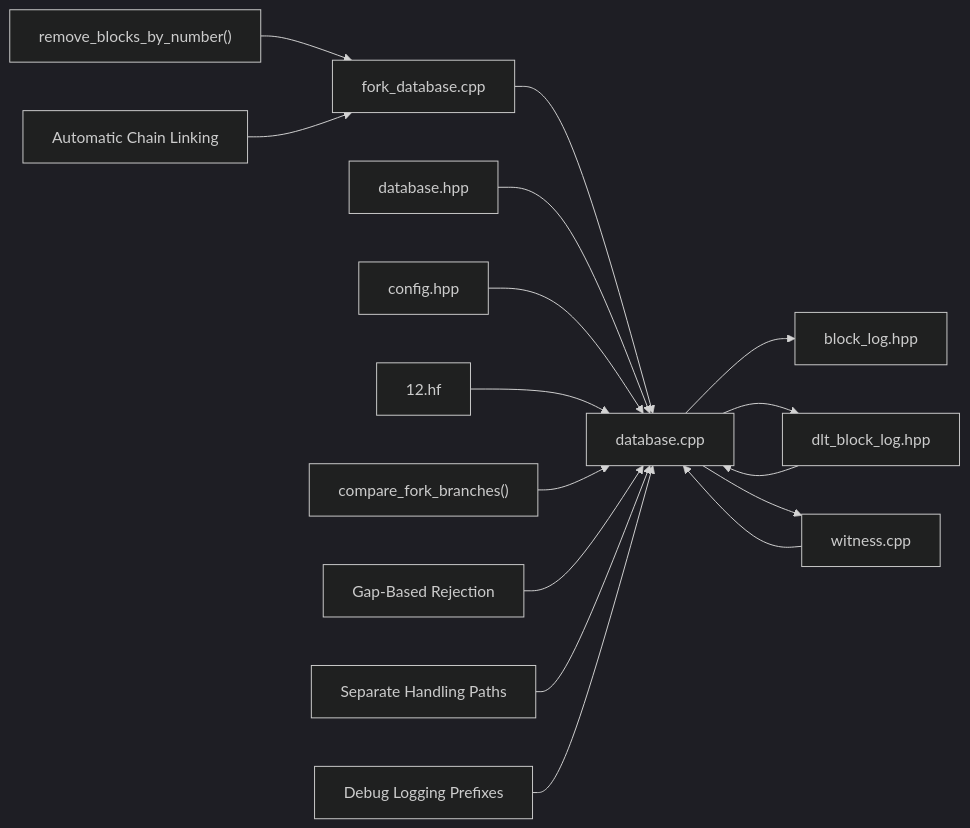
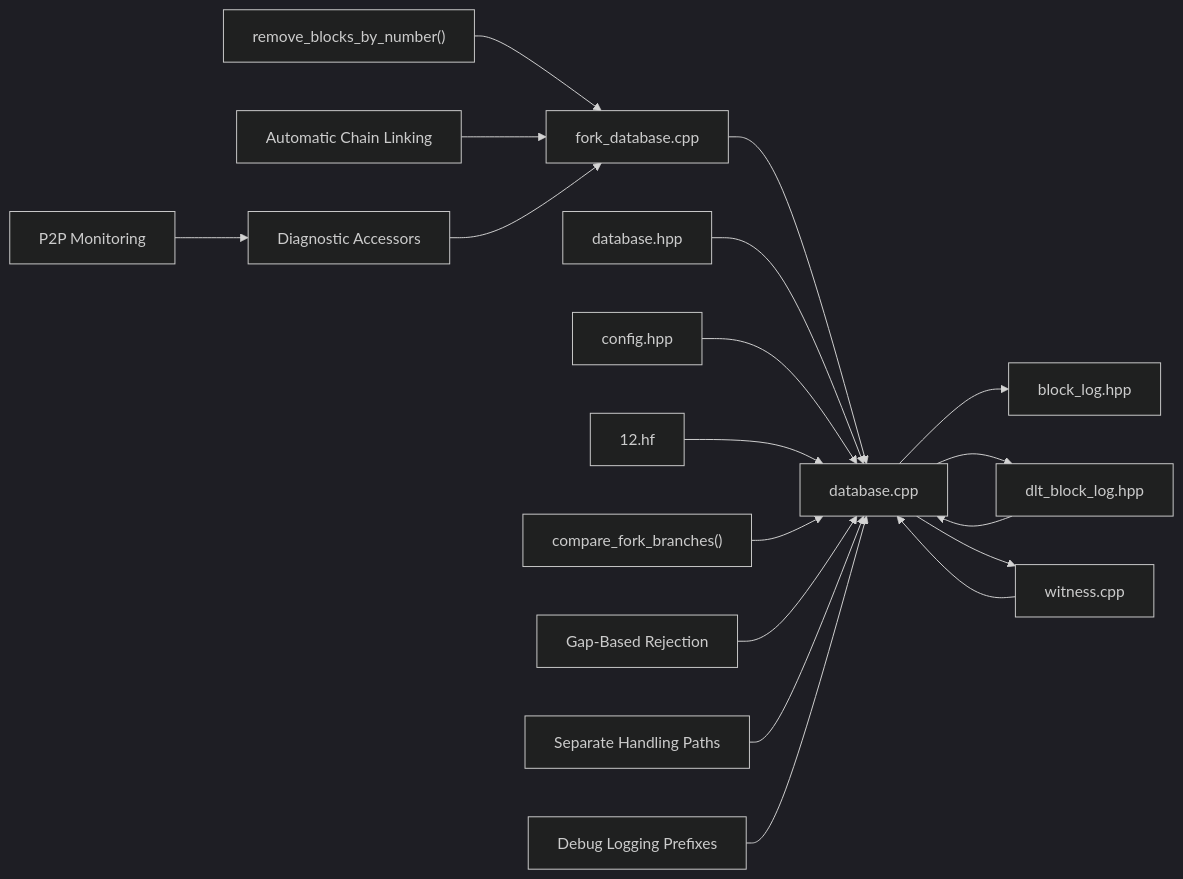
Diagram 20 of 20 in .qoder/repowiki/en/content/Architecture Overview/Core Libraries/Chain Library/Fork Resolution and Consensus.md (VIZ-Blockchain/viz-cpp-node), drawn with Mermaid (dark theme) before and after one commit. The commit also changed other lines of this file and 7 other files, not shown here.

````diff
--- a/.qoder/repowiki/en/content/Architecture Overview/Core Libraries/Chain Library/Fork Resolution and Consensus.md
+++ b/.qoder/repowiki/en/content/Architecture Overview/Core Libraries/Chain Library/Fork Resolution and Consensus.md
@@ -953,18 +1138,20 @@
 ```mermaid
 graph LR
 FDB["fork_database.cpp"] --> DBCPP["database.cpp"]
 DBCPP --> BLH["block_log.hpp"]
 DBCPP --> DLTH["dlt_block_log.hpp"]
 DBCPP --> WIT["witness.cpp"]
 DBH["database.hpp"] --> DBCPP
 DLTH --> DBCPP
 WIT --> DBCPP
 CONFIG["config.hpp"] --> DBCPP
 HF12["12.hf"] --> DBCPP
 CMP["compare_fork_branches()"] --> DBCPP
 PRUNE["remove_blocks_by_number()"] --> FDB
 GAP["Gap-Based Rejection"] --> DBCPP
 LINK["Automatic Chain Linking"] --> FDB
 SEPARATE["Separate Handling Paths"] --> DBCPP
 DEBUG["Debug Logging Prefixes"] --> DBCPP
+DIAG["Diagnostic Accessors"] --> FDB
+MON["P2P Monitoring"] --> DIAG
 ```
````
